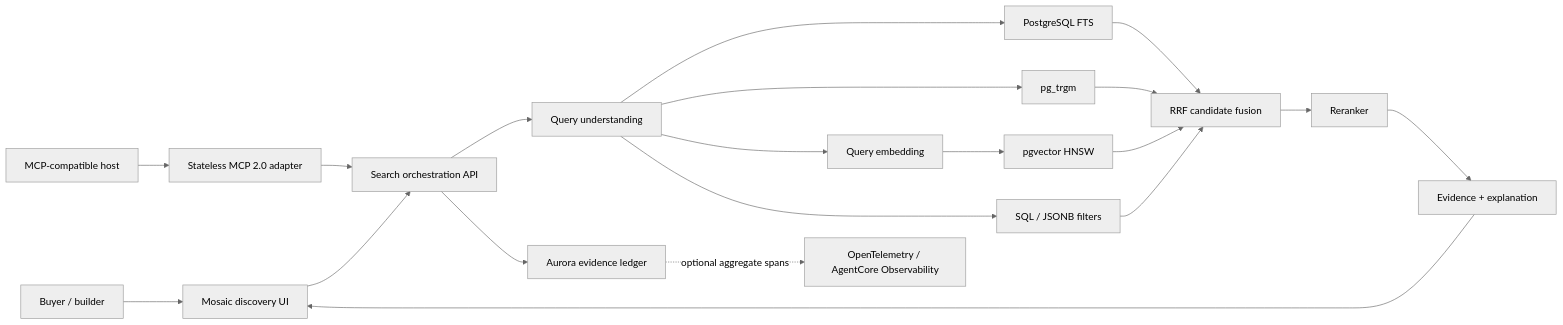
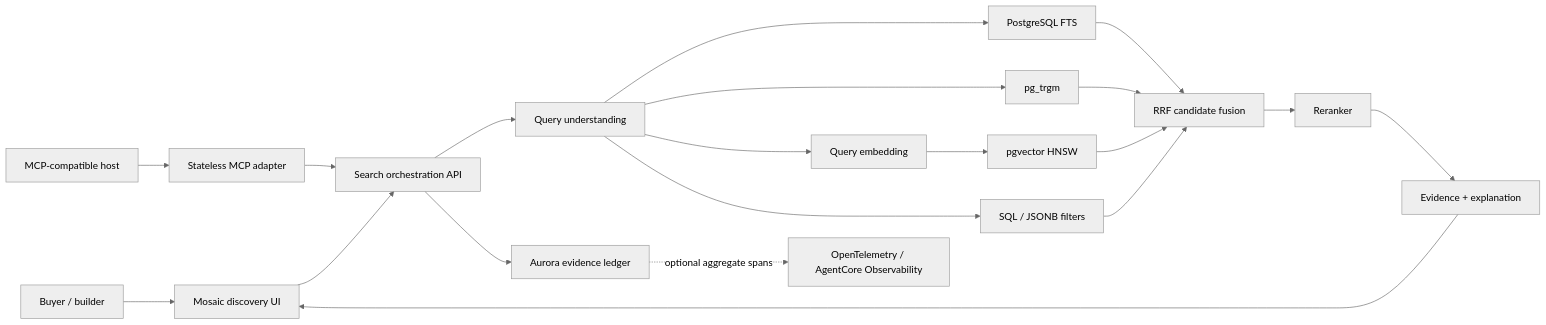
Before and after one commit to aws-samples/sample-agentic-hybrid-retrieval-aurora-postgresql: the first of 2 diagrams in docs/architecture.md, drawn with Mermaid (neutral theme). The commit also changed 17 other files, not shown here.

````diff
--- a/docs/architecture.md
+++ b/docs/architecture.md
@@ -5,22 +5,22 @@
 ```mermaid
 flowchart LR
     U[Buyer / builder] --> UI[Mosaic discovery UI]
-    H[MCP-compatible host] --> MCP[Stateless MCP 2.0 adapter]
+    H[MCP-compatible host] --> MCP[Stateless MCP adapter]
     MCP --> API
     UI --> API[Search orchestration API]
     API --> Q[Query understanding]
     Q --> FTS[PostgreSQL FTS]
     Q --> TRI[pg_trgm]
     Q --> EMB[Query embedding]
     EMB --> HNSW[pgvector HNSW]
     Q --> FIL[SQL / JSONB filters]
     FTS --> FUSE[RRF candidate fusion]
     TRI --> FUSE
     HNSW --> FUSE
     FIL --> FUSE
     FUSE --> RR[Reranker]
     RR --> EV[Evidence + explanation]
     EV --> UI
     API --> LOG[Aurora evidence ledger]
     LOG -. optional aggregate spans .-> OTEL[OpenTelemetry / AgentCore Observability]
 ```
````
